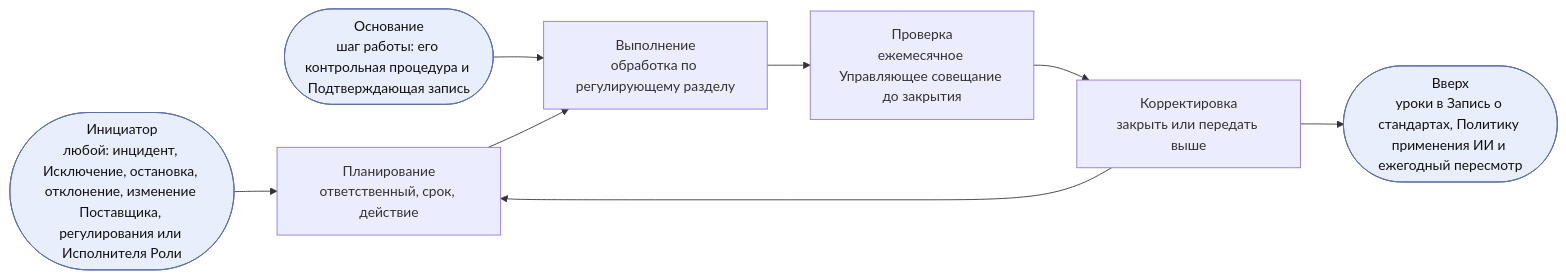
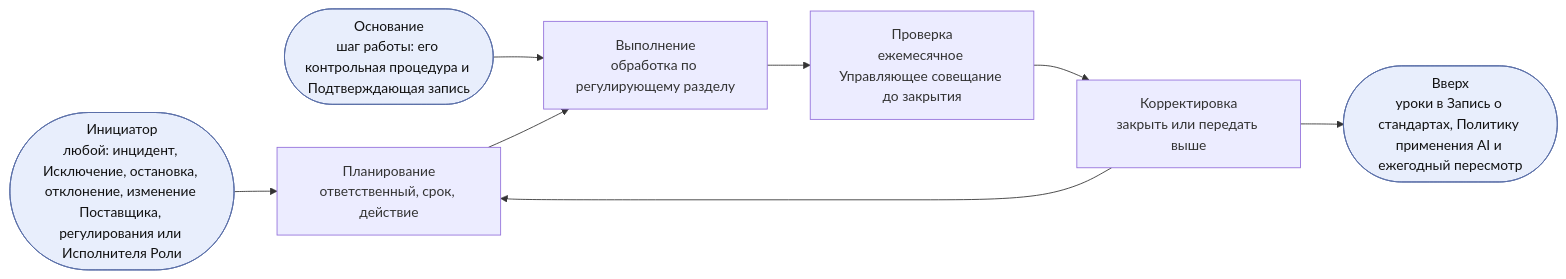
Before and after one commit to devhogu/ob-aicc: the sixth of 8 diagrams in charter/ru/documents/operating-model.md, drawn with Mermaid. The commit also changed other lines of this file and 768 other files, not shown here.

````diff
--- a/charter/ru/documents/operating-model.md
+++ b/charter/ru/documents/operating-model.md
@@ -240,8 +240,8 @@
 ```mermaid
 flowchart LR
   IN(["Инициатор<br/>любой: инцидент, Исключение, остановка, отклонение, изменение Поставщика, регулирования или Исполнителя Роли"]):::iface --> P
   ST(["Основание<br/>шаг работы: его контрольная процедура и Подтверждающая запись"]):::iface --> D
   P["Планирование<br/>ответственный, срок, действие"] --> D["Выполнение<br/>обработка по регулирующему разделу"] --> C["Проверка<br/>ежемесячное Управляющее совещание до закрытия"] --> A["Корректировка<br/>закрыть или передать выше"] --> P
-  A --> OUT(["Вверх<br/>уроки в Запись о стандартах, Политику применения ИИ и ежегодный пересмотр"]):::iface
+  A --> OUT(["Вверх<br/>уроки в Запись о стандартах, Политику применения AI и ежегодный пересмотр"]):::iface
   classDef iface fill:#e8eefc,stroke:#5a6fa8,color:#111
 ```
````
